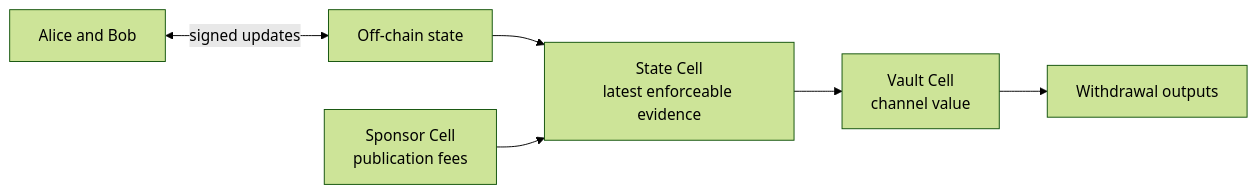
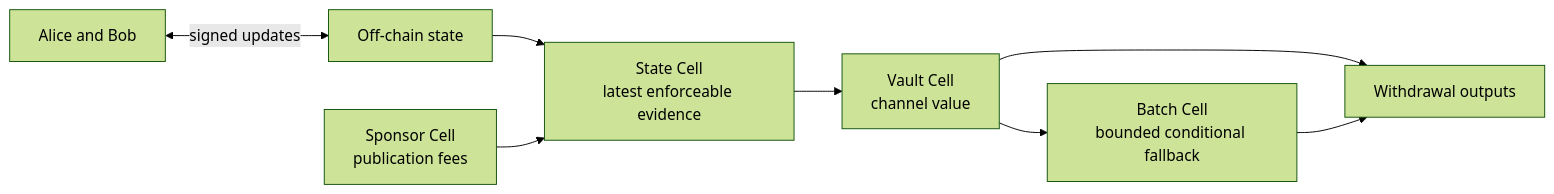
One commit to a19q3/Morph changed the first of 2 diagrams in README.md. Above: the diagram before and after it, drawn with Mermaid (forest theme). The commit also changed other lines of this file and 50 other files, not shown here.

Commit message:
release: add Morph 3.0 conditional batch settlement

````diff
--- a/README.md
+++ b/README.md
@@ -27,8 +29,10 @@
 ```mermaid
 flowchart LR
     U["Alice and Bob"] <-->|"signed updates"| O["Off-chain state"]
     O --> S["State Cell<br/>latest enforceable evidence"]
     S --> V["Vault Cell<br/>channel value"]
     P["Sponsor Cell<br/>publication fees"] --> S
     V --> W["Withdrawal outputs"]
+    V --> B["Batch Cell<br/>bounded conditional fallback"]
+    B --> W
 ```
````
